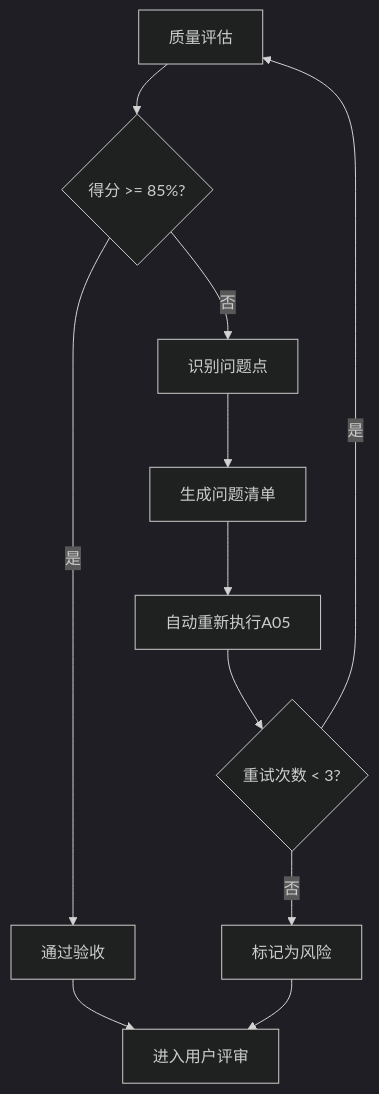
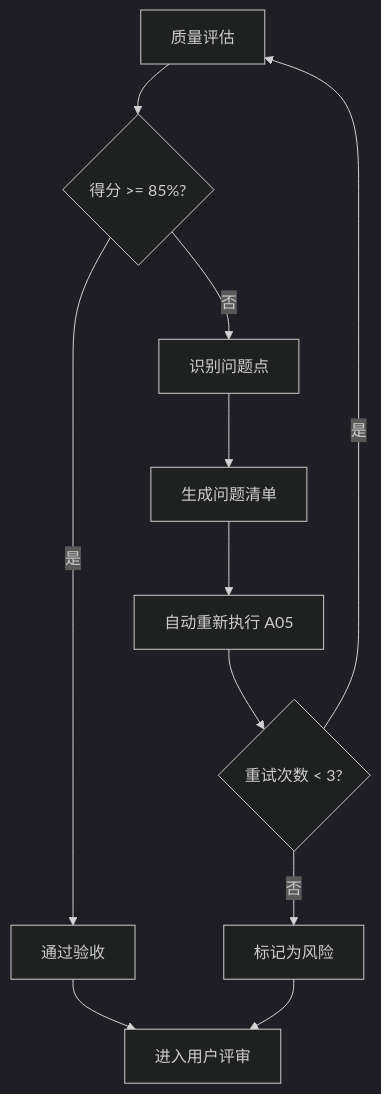
The third of 3 diagrams in skills/s5-deployment/SKILL.md (HeartFlying/swf), drawn with Mermaid (dark theme) before and after one commit. The commit also changed other lines of this file and 24 other files, not shown here.

````diff
--- a/skills/s5-deployment/SKILL.md
+++ b/skills/s5-deployment/SKILL.md
@@ -274,13 +260,13 @@
 ```mermaid
 flowchart TD
     Evaluate[质量评估] --> Score{得分 >= 85%?}
     Score -->|是| Pass[通过验收]
     Score -->|否| Identify[识别问题点]
     Identify --> List[生成问题清单]
-    List --> ReExecute[自动重新执行A05]
+    List --> ReExecute[自动重新执行 A05]
     ReExecute --> Retry{重试次数 < 3?}
     Retry -->|是| Evaluate
     Retry -->|否| Risk[标记为风险]
     Pass --> UserReview[进入用户评审]
     Risk --> UserReview
 ```
````
